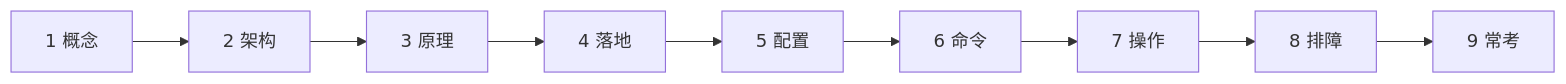
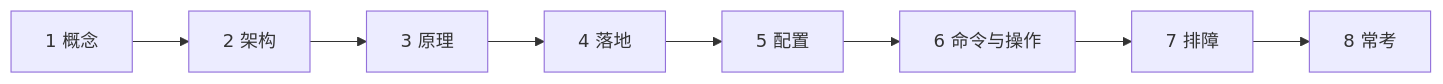
The first of 9 diagrams in 05-工程化与自动化/01-Git工作流/知识点.md (ml-cuizijun/LearnToLilith), drawn with Mermaid before and after one commit. The commit also changed other lines of this file and 213 other files, not shown here.

````diff
--- a/05-工程化与自动化/01-Git工作流/知识点.md
+++ b/05-工程化与自动化/01-Git工作流/知识点.md
@@ -3,11 +3,10 @@
 ```mermaid
 flowchart LR
     a[1 概念] --> b[2 架构]
     b --> c[3 原理]
     c --> d[4 落地]
     d --> e[5 配置]
-    e --> f[6 命令]
-    f --> g[7 操作]
-    g --> h[8 排障]
-    h --> i[9 常考]
+    e --> f[6 命令与操作]
+    f --> g[7 排障]
+    g --> h[8 常考]
 ```
````
